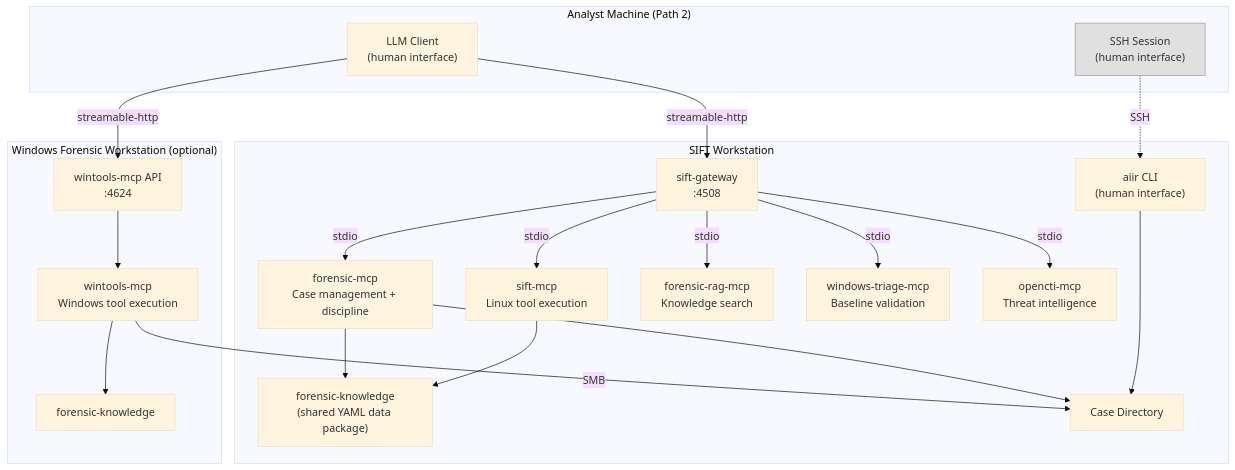
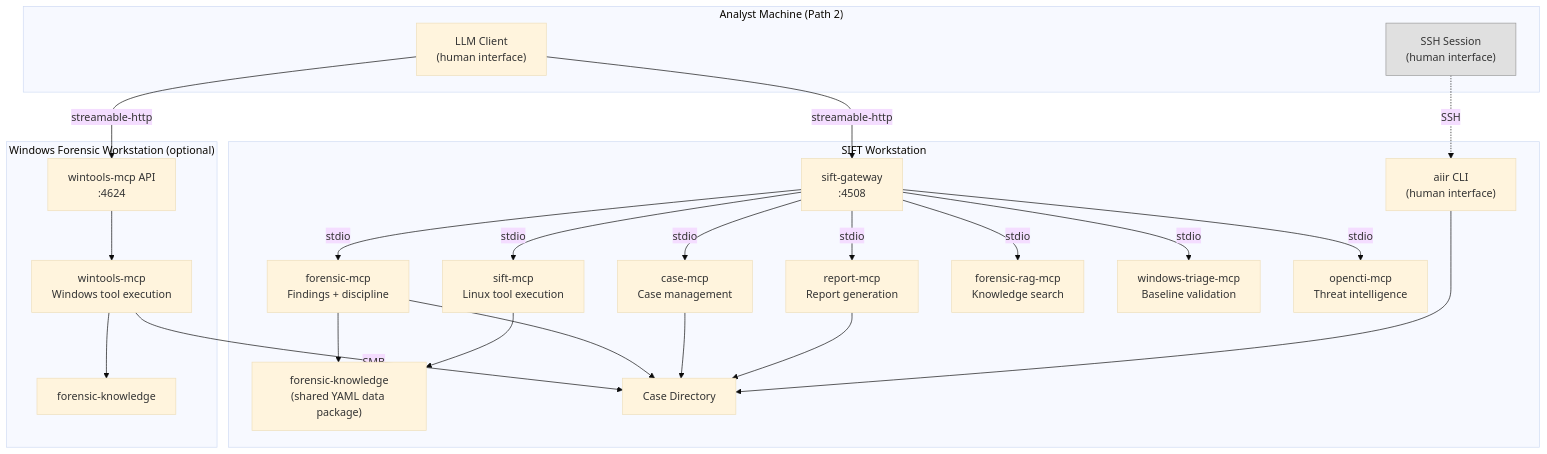
One commit to AppliedIR/aiir changed the first of 6 diagrams in README.md. Above: the diagram before and after it, drawn with Mermaid (base theme). The commit also changed other lines of this file, not shown here.

Commit message:
Update README: add case-mcp and report-mcp to diagrams and component tables

````diff
--- a/README.md
+++ b/README.md
@@ -11,43 +11,49 @@
 ```mermaid
 graph TB
     subgraph analyst ["Analyst Machine (Path 2)"]
         CC["LLM Client<br/>(human interface)"]
         SSH["SSH Session<br/>(human interface)"]
     end
 
     subgraph sift ["SIFT Workstation"]
         CLI["aiir CLI<br/>(human interface)"]
         GW["sift-gateway<br/>:4508"]
-        FM["forensic-mcp<br/>Case management + discipline"]
+        FM["forensic-mcp<br/>Findings + discipline"]
+        CM["case-mcp<br/>Case management"]
+        RM["report-mcp<br/>Report generation"]
         SM["sift-mcp<br/>Linux tool execution"]
         FR["forensic-rag-mcp<br/>Knowledge search"]
         WTR["windows-triage-mcp<br/>Baseline validation"]
         OC["opencti-mcp<br/>Threat intelligence"]
         FK["forensic-knowledge<br/>(shared YAML data package)"]
         CASE["Case Directory"]
 
         GW -->|stdio| FM
+        GW -->|stdio| CM
+        GW -->|stdio| RM
         GW -->|stdio| SM
         GW -->|stdio| FR
         GW -->|stdio| WTR
         GW -->|stdio| OC
         FM --> FK
         SM --> FK
         FM --> CASE
+        CM --> CASE
+        RM --> CASE
         CLI --> CASE
     end
 
     subgraph winbox ["Windows Forensic Workstation (optional)"]
         WAPI["wintools-mcp API<br/>:4624"]
         WM["wintools-mcp<br/>Windows tool execution"]
         FK2["forensic-knowledge"]
         WAPI --> WM
         WM --> FK2
     end
 
     CC -->|"streamable-http"| GW
     CC -->|"streamable-http"| WAPI
     SSH -.->|"SSH"| CLI
     WM -->|"SMB"| CASE
     style SSH fill:#e0e0e0,stroke:#999,color:#333
 ```
````
